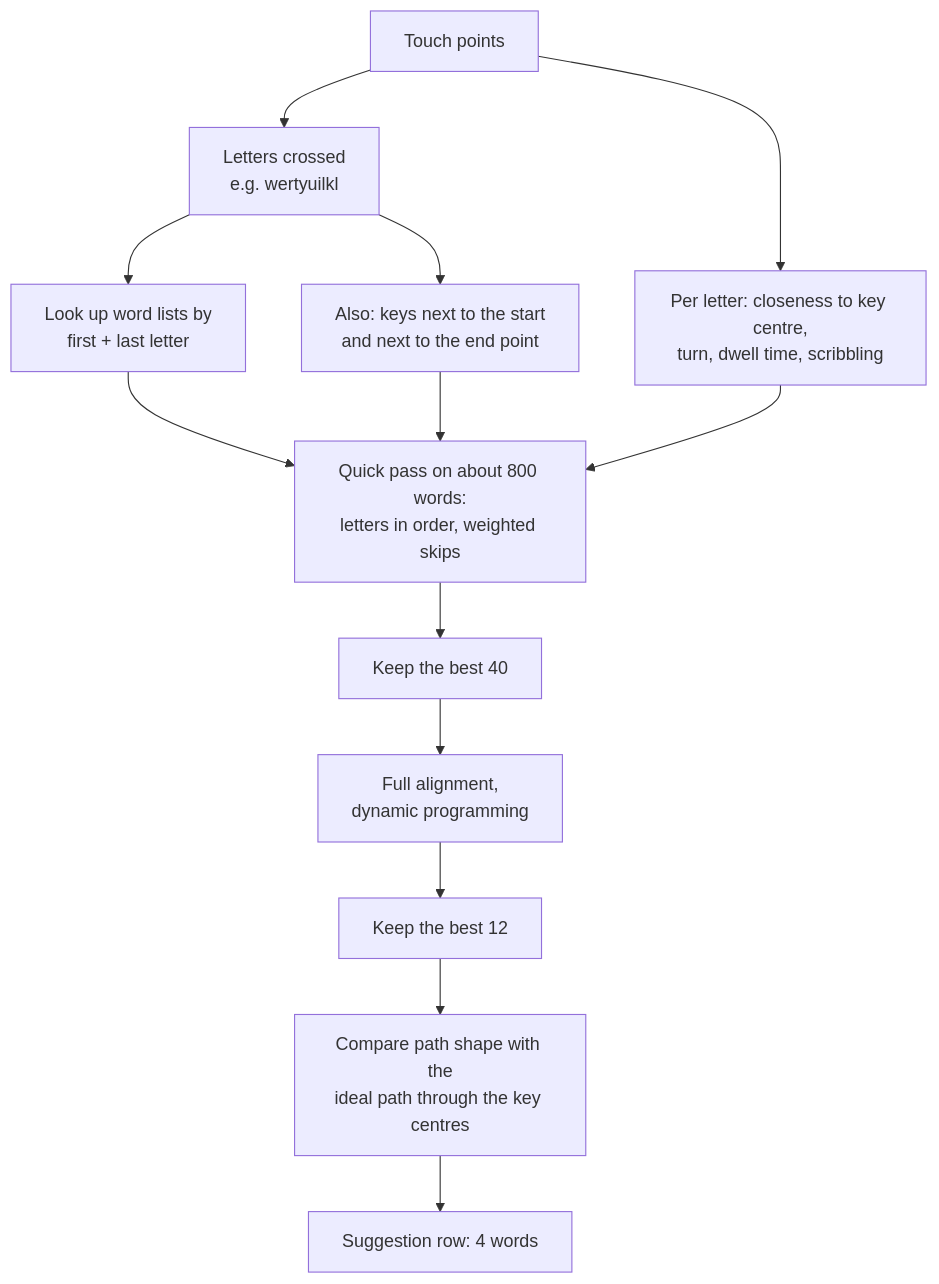
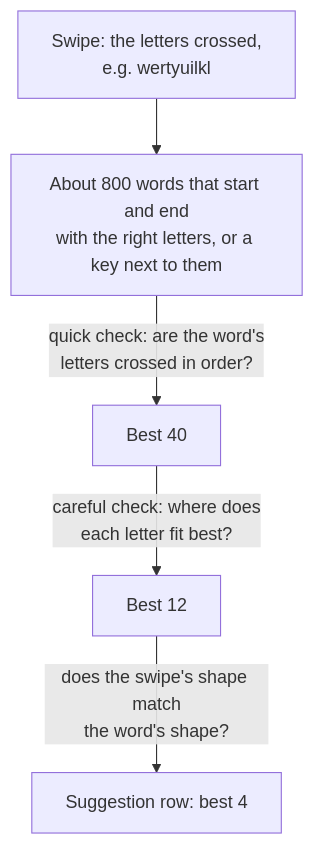
Before and after one commit to Pixxel123/tapless.koplugin: the second of 6 diagrams in README.md, drawn with Mermaid. The commit also changed other lines of this file, not shown here.

First line of the commit message:
Simplify the README's diagrams

````diff
--- a/README.md
+++ b/README.md
@@ -174,15 +174,7 @@
 ```mermaid
 flowchart TD
-    A["Touch points"] --> B["Letters crossed<br/>e.g. wertyuilkl"]
-    A --> C["Per letter: closeness to key centre,<br/>turn, dwell time, scribbling"]
-    B --> D["Look up word lists by<br/>first + last letter"]
-    B --> E["Also: keys next to the start<br/>and next to the end point"]
-    D --> F["Quick pass on about 800 words:<br/>letters in order, weighted skips"]
-    E --> F
-    C --> F
-    F --> G["Keep the best 40"]
-    G --> H["Full alignment,<br/>dynamic programming"]
-    H --> I["Keep the best 12"]
-    I --> J["Compare path shape with the<br/>ideal path through the key centres"]
-    J --> K["Suggestion row: 4 words"]
+    A["Swipe: the letters crossed,<br/>e.g. wertyuilkl"] --> B["About 800 words that start and end<br/>with the right letters, or a key next to them"]
+    B -->|"quick check: are the word's<br/>letters crossed in order?"| C["Best 40"]
+    C -->|"careful check: where does<br/>each letter fit best?"| D["Best 12"]
+    D -->|"does the swipe's shape match<br/>the word's shape?"| E["Suggestion row: best 4"]
 ```
````
